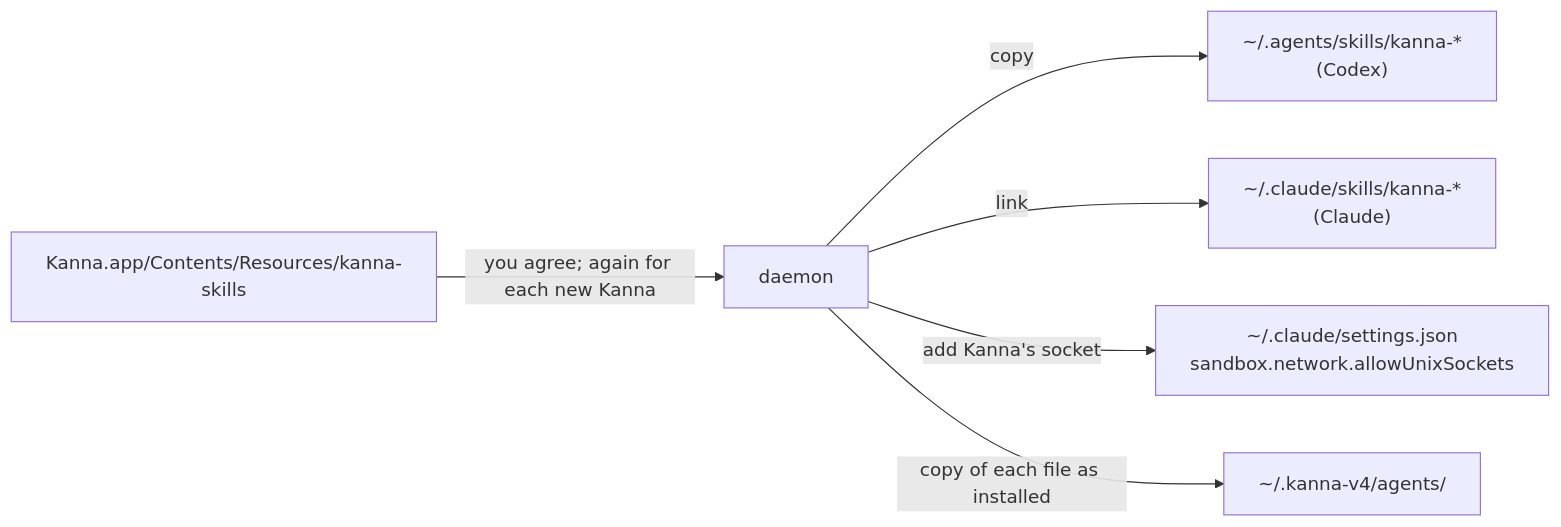
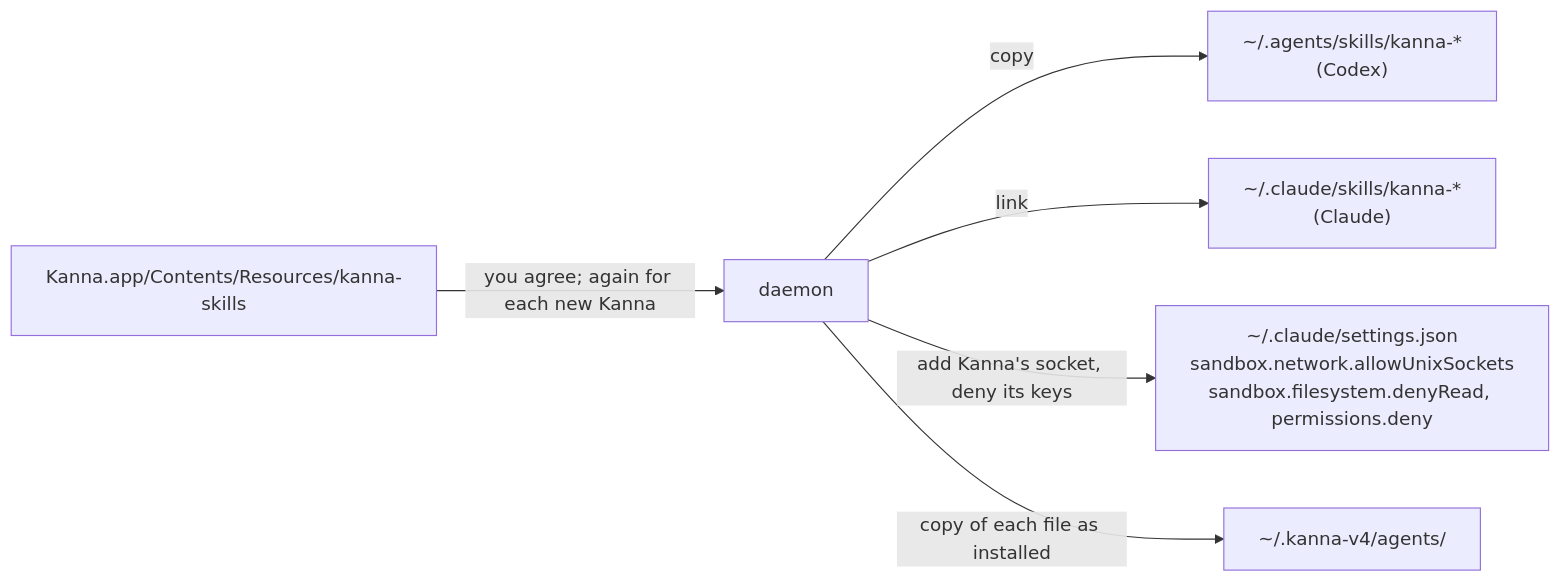
One commit to tampopogk/kanna changed the diagram in docs/specs/agent-setup.md. Above: the diagram before and after it, drawn with Mermaid. The commit also changed other lines of this file and 5 other files, not shown here.

````diff
--- a/docs/specs/agent-setup.md
+++ b/docs/specs/agent-setup.md
@@ -20,8 +20,8 @@
 ```mermaid
 flowchart LR
     APP["Kanna.app/Contents/Resources/kanna-skills"] -->|"you agree; again for each new Kanna"| D["daemon"]
     D -->|"copy"| A["~/.agents/skills/kanna-*<br/>(Codex)"]
     D -->|"link"| C["~/.claude/skills/kanna-*<br/>(Claude)"]
-    D -->|"add Kanna's socket"| S["~/.claude/settings.json<br/>sandbox.network.allowUnixSockets"]
+    D -->|"add Kanna's socket, deny its keys"| S["~/.claude/settings.json<br/>sandbox.network.allowUnixSockets<br/>sandbox.filesystem.denyRead, permissions.deny"]
     D -->|"copy of each file as installed"| R["~/.kanna-v4/agents/"]
 ```
````
